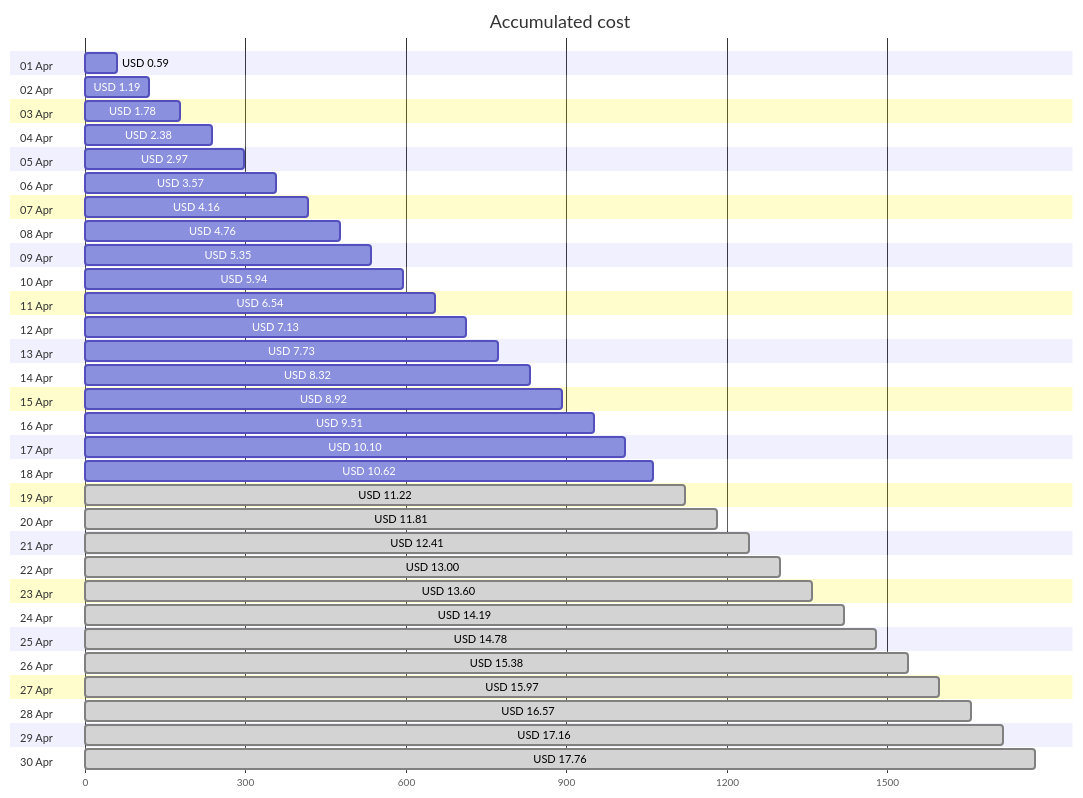
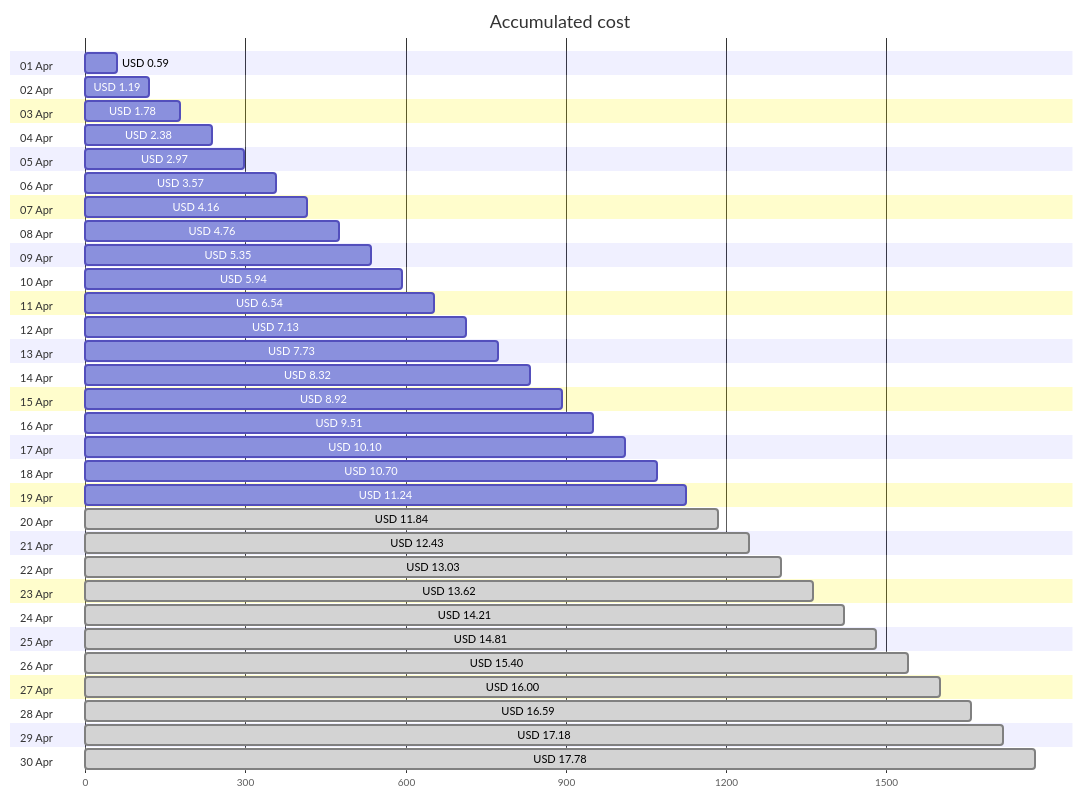
One commit to jpfulton/azure-personal-reports changed the first of 4 diagrams in cost-reports/personal-site/README.md. Above: the diagram before and after it, drawn with Mermaid. The commit also changed other lines of this file and 6 other files, not shown here.

````diff
--- a/cost-reports/personal-site/README.md
+++ b/cost-reports/personal-site/README.md
@@ -20,66 +20,66 @@
 ```mermaid
 gantt
    title Accumulated cost
    dateFormat  X
    axisFormat %s
    section 01 Apr
    USD 0.59 :0, 59
    section 02 Apr
    USD 1.19 :0, 119
    section 03 Apr
    USD 1.78 :0, 178
    section 04 Apr
    USD 2.38 :0, 238
    section 05 Apr
    USD 2.97 :0, 297
    section 06 Apr
    USD 3.57 :0, 357
    section 07 Apr
    USD 4.16 :0, 416
    section 08 Apr
    USD 4.76 :0, 476
    section 09 Apr
    USD 5.35 :0, 535
    section 10 Apr
    USD 5.94 :0, 594
    section 11 Apr
    USD 6.54 :0, 654
    section 12 Apr
    USD 7.13 :0, 713
    section 13 Apr
    USD 7.73 :0, 773
    section 14 Apr
    USD 8.32 :0, 832
    section 15 Apr
    USD 8.92 :0, 892
    section 16 Apr
    USD 9.51 :0, 951
    section 17 Apr
    USD 10.10 :0, 1010
    section 18 Apr
-   USD 10.62 :0, 1062
+   USD 10.70 :0, 1070
    section 19 Apr
-   USD 11.22 : done, 0, 1122
+   USD 11.24 :0, 1124
    section 20 Apr
-   USD 11.81 : done, 0, 1181
+   USD 11.84 : done, 0, 1184
    section 21 Apr
-   USD 12.41 : done, 0, 1241
+   USD 12.43 : done, 0, 1243
    section 22 Apr
-   USD 13.00 : done, 0, 1300
+   USD 13.03 : done, 0, 1303
    section 23 Apr
-   USD 13.60 : done, 0, 1360
+   USD 13.62 : done, 0, 1362
    section 24 Apr
-   USD 14.19 : done, 0, 1419
+   USD 14.21 : done, 0, 1421
    section 25 Apr
-   USD 14.78 : done, 0, 1478
+   USD 14.81 : done, 0, 1481
    section 26 Apr
-   USD 15.38 : done, 0, 1538
+   USD 15.40 : done, 0, 1540
    section 27 Apr
-   USD 15.97 : done, 0, 1597
+   USD 16.00 : done, 0, 1600
    section 28 Apr
-   USD 16.57 : done, 0, 1657
+   USD 16.59 : done, 0, 1659
    section 29 Apr
-   USD 17.16 : done, 0, 1716
+   USD 17.18 : done, 0, 1718
    section 30 Apr
-   USD 17.76 : done, 0, 1776
+   USD 17.78 : done, 0, 1778
 ```
````
